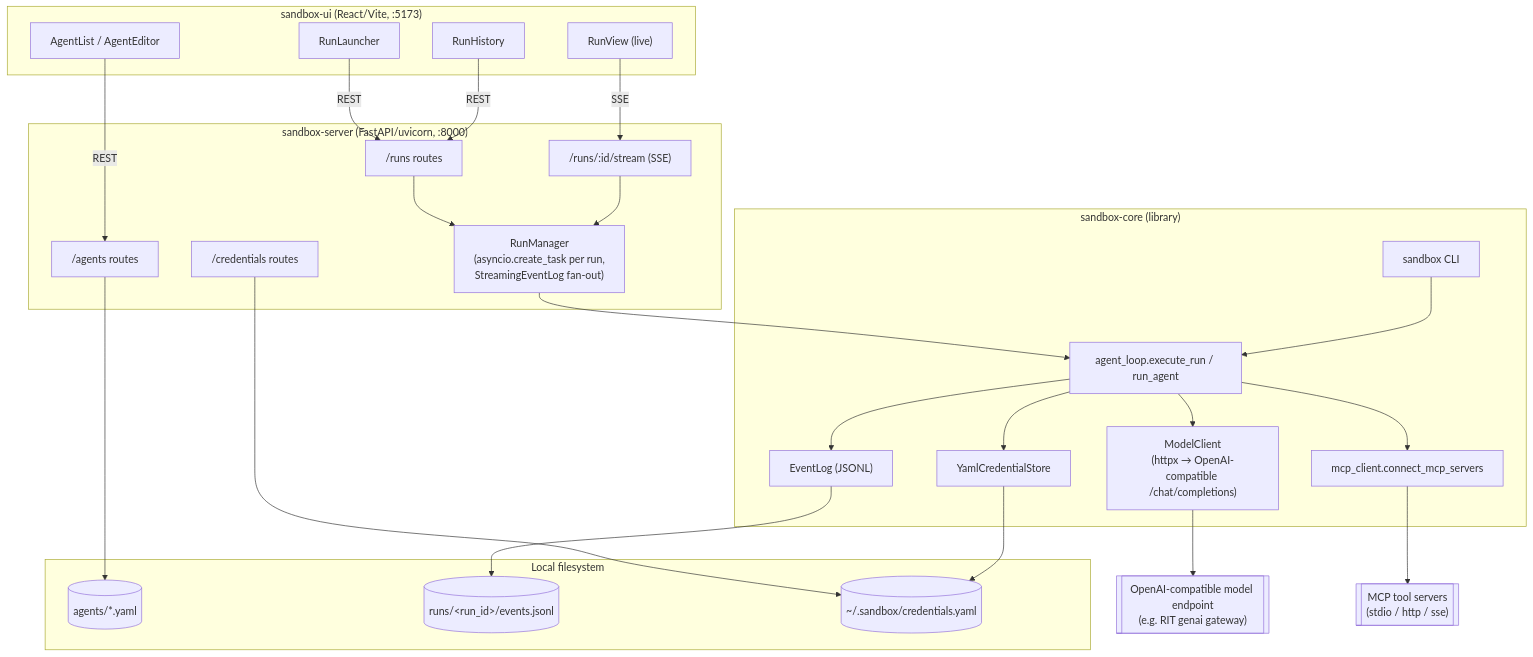
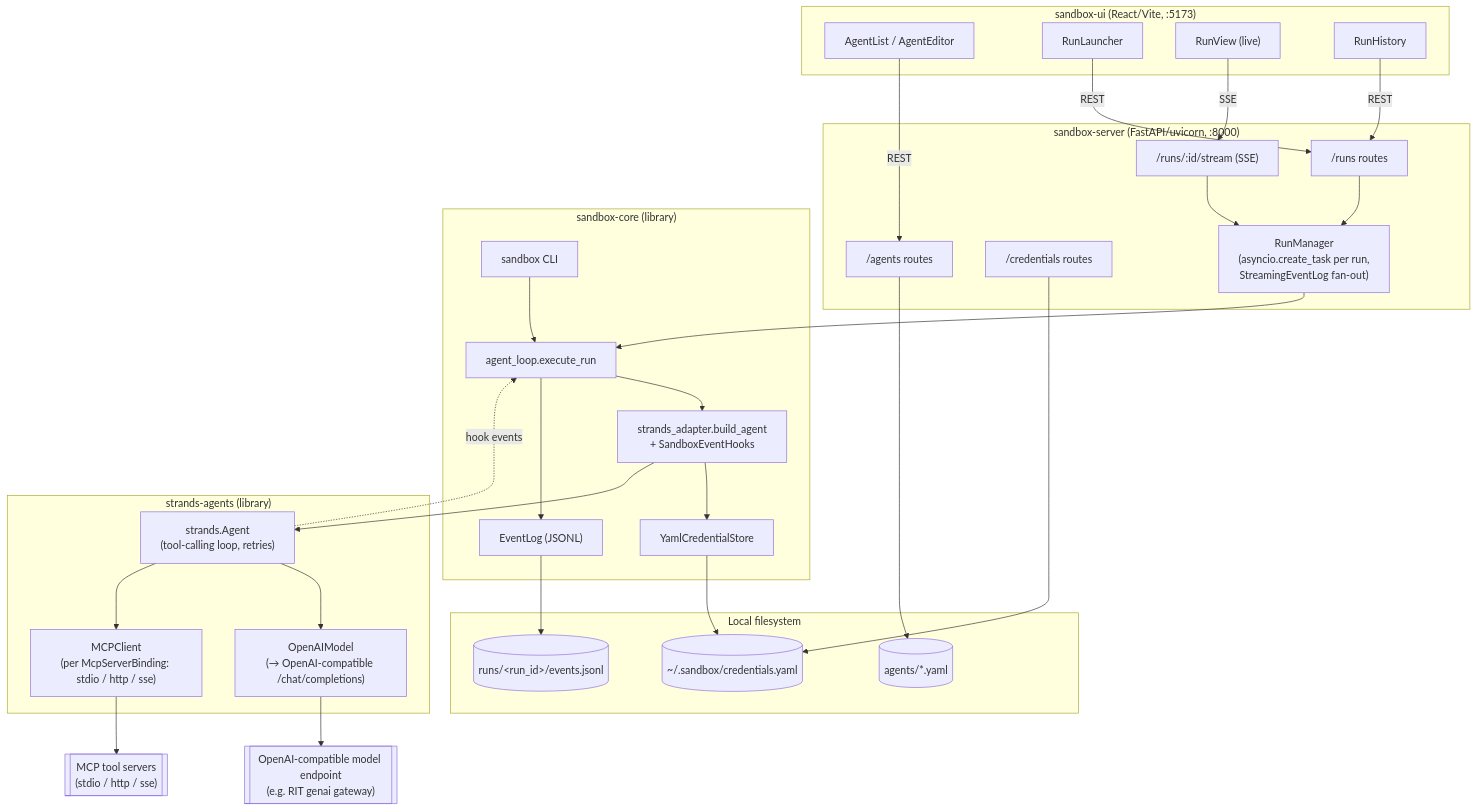
Before and after one commit to meaton96/agentic-ai-project: the first of 2 diagrams in agent-sandbox/docs/architecture.md, drawn with Mermaid. The commit also changed other lines of this file and 47 other files, not shown here.

````diff
--- a/agent-sandbox/docs/architecture.md
+++ b/agent-sandbox/docs/architecture.md
@@ -37,52 +42,59 @@
 ```mermaid
 flowchart TB
     subgraph UI["sandbox-ui (React/Vite, :5173)"]
         AgentList["AgentList / AgentEditor"]
         RunLauncher["RunLauncher"]
         RunView["RunView (live)"]
         RunHistory["RunHistory"]
     end
 
     subgraph Server["sandbox-server (FastAPI/uvicorn, :8000)"]
         RoutesAgents["/agents routes"]
         RoutesCreds["/credentials routes"]
         RoutesRuns["/runs routes"]
         RoutesStream["/runs/:id/stream (SSE)"]
         RunManager["RunManager\n(asyncio.create_task per run,\nStreamingEventLog fan-out)"]
     end
 
     subgraph Core["sandbox-core (library)"]
         CLI["sandbox CLI"]
-        AgentLoop["agent_loop.execute_run / run_agent"]
-        ModelClient["ModelClient\n(httpx → OpenAI-compatible /chat/completions)"]
-        McpClient["mcp_client.connect_mcp_servers"]
+        AgentLoop["agent_loop.execute_run"]
+        Adapter["strands_adapter.build_agent\n+ SandboxEventHooks"]
         CredStore["YamlCredentialStore"]
         EventLog["EventLog (JSONL)"]
+    end
+
+    subgraph Strands["strands-agents (library)"]
+        StrandsAgent["strands.Agent\n(tool-calling loop, retries)"]
+        OpenAIModel["OpenAIModel\n(→ OpenAI-compatible /chat/completions)"]
+        MCPClient["MCPClient\n(per McpServerBinding: stdio / http / sse)"]
     end
 
     subgraph Disk["Local filesystem"]
         Agents[("agents/*.yaml")]
         Runs[("runs/&lt;run_id&gt;/events.jsonl")]
         Creds[("~/.sandbox/credentials.yaml")]
     end
 
     LLM[["OpenAI-compatible model endpoint\n(e.g. RIT genai gateway)"]]
     MCP[["MCP tool servers\n(stdio / http / sse)"]]
 
     AgentList -- REST --> RoutesAgents
     RunLauncher -- REST --> RoutesRuns
     RunView -- SSE --> RoutesStream
     RunHistory -- REST --> RoutesRuns
 
     RoutesAgents --> Agents
     RoutesCreds --> Creds
     RoutesRuns --> RunManager
     RoutesStream --> RunManager
 
     RunManager --> AgentLoop
     CLI --> AgentLoop
-    AgentLoop --> ModelClient --> LLM
-    AgentLoop --> McpClient --> MCP
-    AgentLoop --> CredStore --> Creds
+    AgentLoop --> Adapter --> CredStore --> Creds
+    Adapter --> StrandsAgent
+    StrandsAgent --> OpenAIModel --> LLM
+    StrandsAgent --> MCPClient --> MCP
+    StrandsAgent -. hook events .-> AgentLoop
     AgentLoop --> EventLog --> Runs
 ```
````
